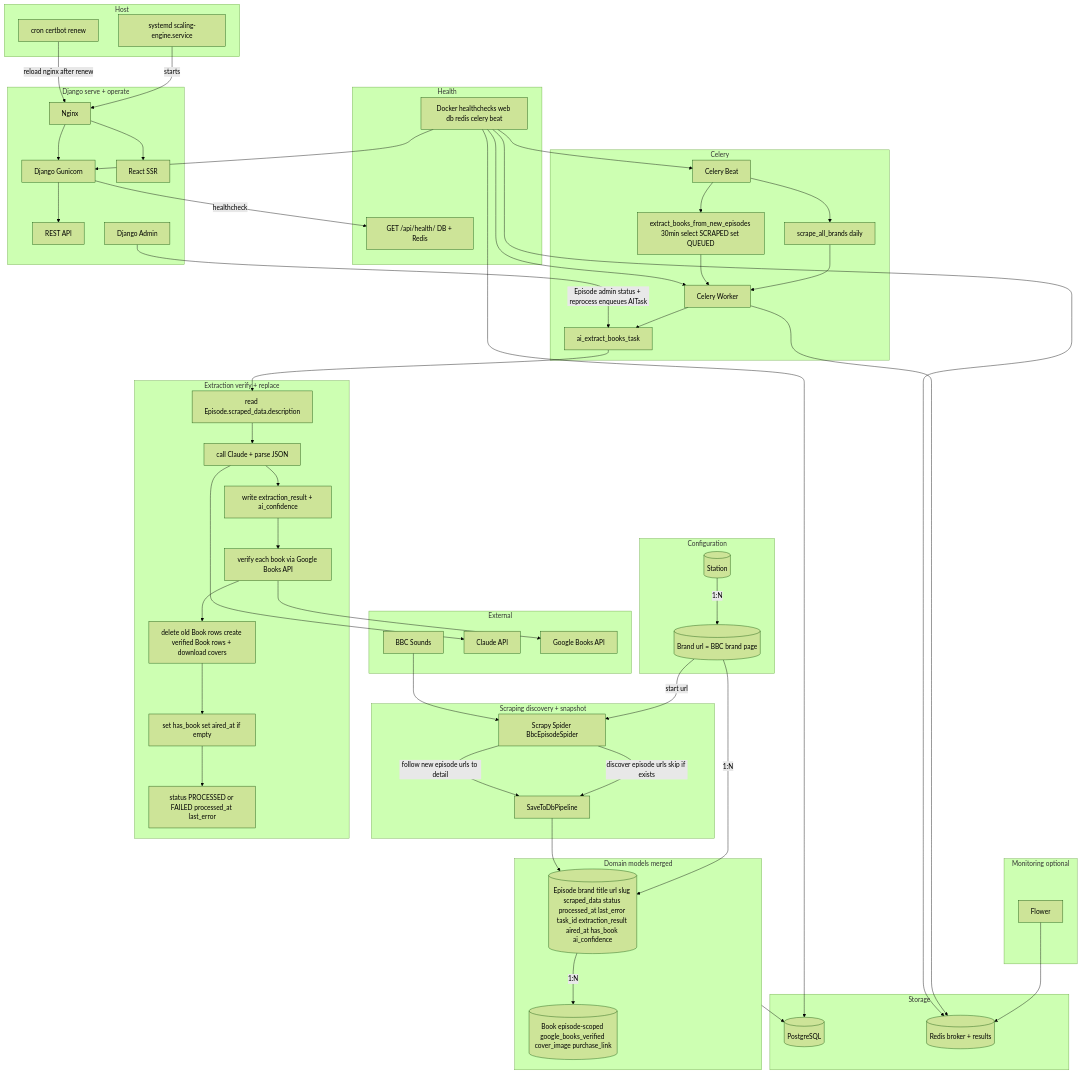
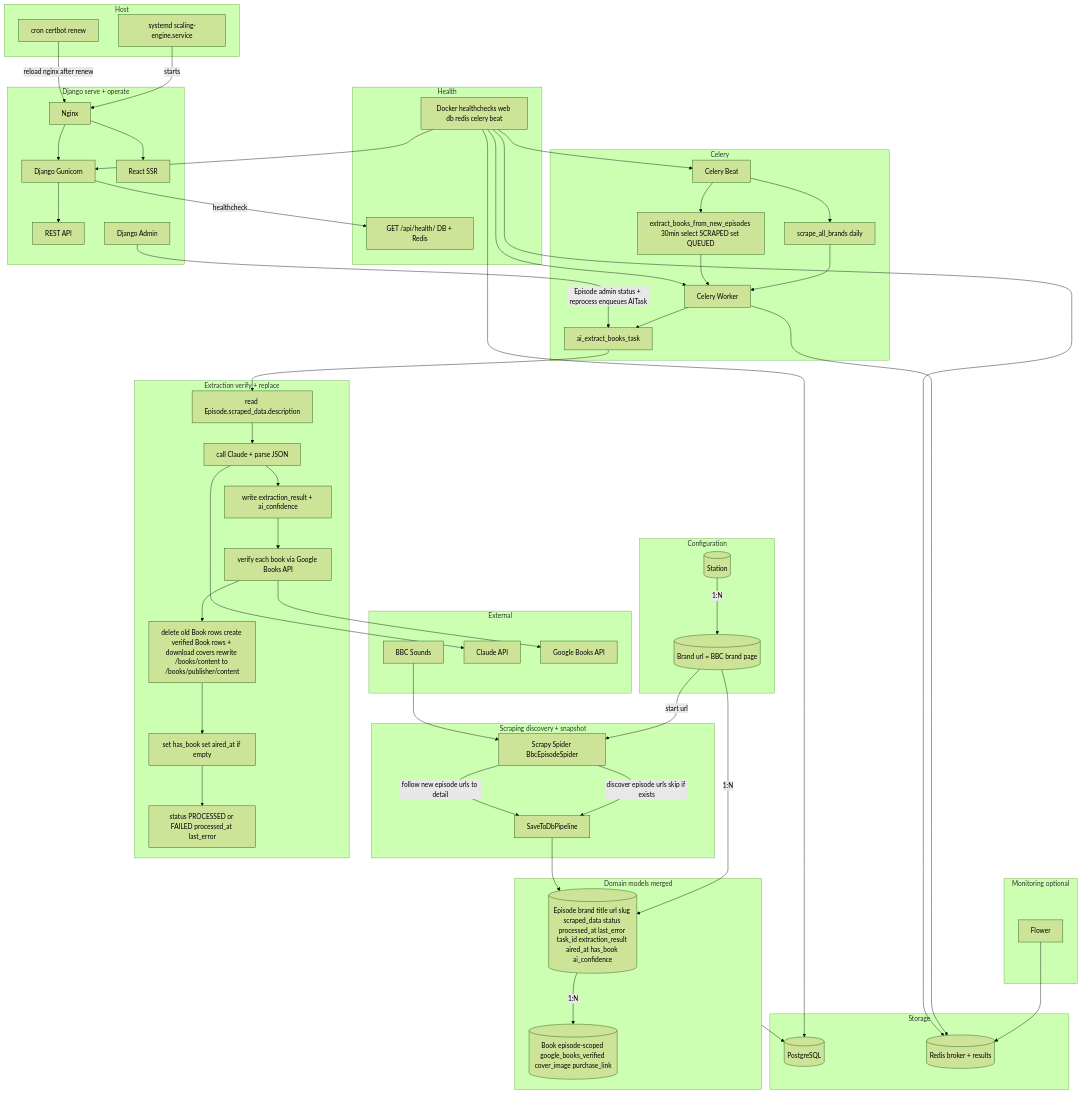
One commit to seb-thomas/scaling-engine changed the first of 2 diagrams in ARCHITECTURE.md. Above: the diagram before and after it, drawn with Mermaid (forest theme). The commit also changed other lines of this file and 28 other files, not shown here.

```diff
--- a/ARCHITECTURE.md
+++ b/ARCHITECTURE.md
@@ -127,7 +127,7 @@
     CallAI["call Claude + parse JSON"]
     SaveResult["write extraction_result + ai_confidence"]
     VerifyGB["verify each book via Google Books API"]
-    ReplaceBooks["delete old Book rows create verified Book rows + download covers"]
+    ReplaceBooks["delete old Book rows create verified Book rows + download covers rewrite /books/content to /books/publisher/content"]
     UpdateEpisode["set has_book set aired_at if empty"]
     SetStatus["status PROCESSED or FAILED processed_at last_error"]
     AITask --> ReadSnap --> CallAI --> SaveResult --> VerifyGB --> ReplaceBooks --> UpdateEpisode --> SetStatus
```
